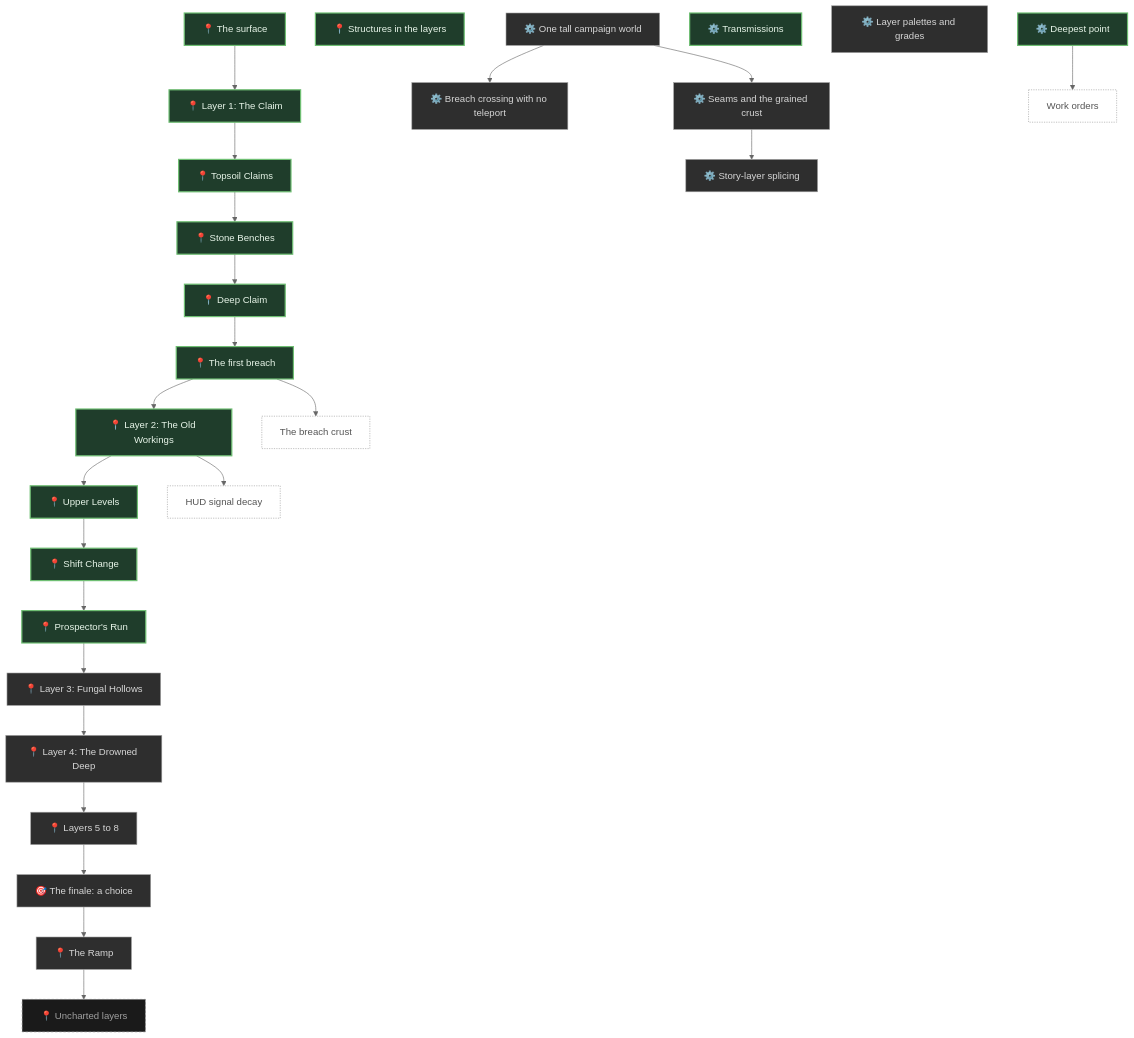
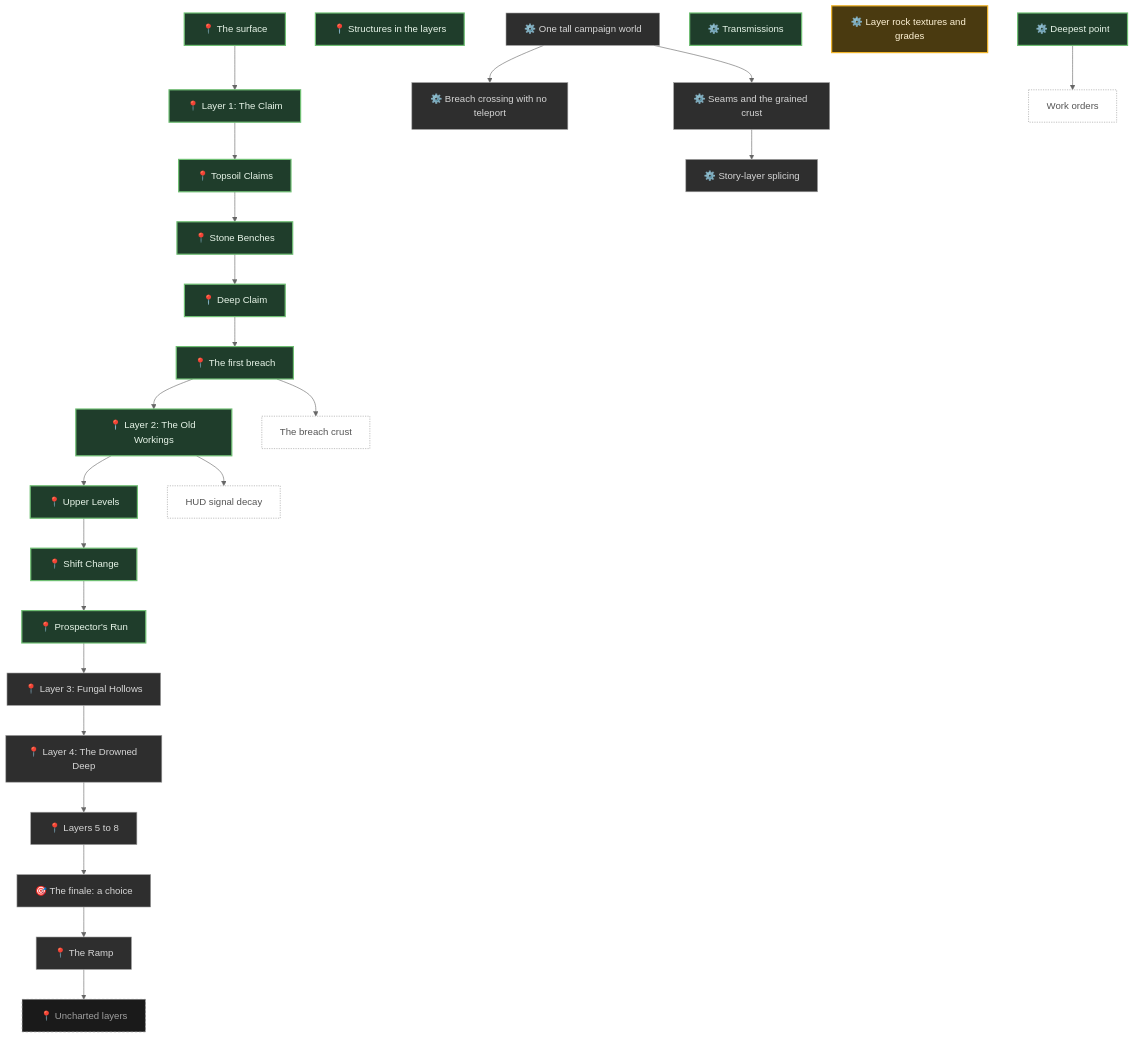
Before and after one commit to pkeppeler/deepcharter: diagram 25 of 30 in docs/FEATURE-MAP.md, drawn with Mermaid (neutral theme). The commit also changed other lines of this file and 2 other files, not shown here.

First line of the commit message:
Feature map: five pieces of work in flight are in progress

````diff
--- a/docs/FEATURE-MAP.md
+++ b/docs/FEATURE-MAP.md
@@ -1320,60 +1321,61 @@
 ```mermaid
 flowchart TB
   n_surface["📍 The surface"]
   n_layer_1["📍 Layer 1: The Claim"]
   n_l1_topsoil["📍 Topsoil Claims"]
   n_l1_benches["📍 Stone Benches"]
   n_l1_deep["📍 Deep Claim"]
   n_layer_structures["📍 Structures in the layers"]
   n_breach_1["📍 The first breach"]
   n_deepest_point["⚙️ Deepest point"]
   n_transmissions["⚙️ Transmissions"]
   n_layer_2["📍 Layer 2: The Old Workings"]
-  n_layer_depth_look["⚙️ Layer palettes and grades"]
+  n_layer_depth_look["⚙️ Layer rock textures and grades"]
   n_l2_upper["📍 Upper Levels"]
   n_l2_shift["📍 Shift Change"]
   n_l2_run["📍 Prospector's Run"]
   n_breach_in_world["⚙️ Breach crossing with no teleport"]
   n_campaign_world["⚙️ One tall campaign world"]
   n_layer_3["📍 Layer 3: Fungal Hollows"]
   n_layer_4["📍 Layer 4: The Drowned Deep"]
   n_layers_5_8["📍 Layers 5 to 8"]
   n_finale["🎯 The finale: a choice"]
   n_ramp["📍 The Ramp"]
   n_seams["⚙️ Seams and the grained crust"]
   n_splice["⚙️ Story-layer splicing"]
   n_uncharted["📍 Uncharted layers"]
   n_breach_crust["The breach crust"]
   n_signal_decay["HUD signal decay"]
   n_work_orders["Work orders"]
   n_breach_1 --> n_breach_crust
   n_breach_1 --> n_layer_2
   n_campaign_world --> n_breach_in_world
   n_campaign_world --> n_seams
   n_deepest_point --> n_work_orders
   n_finale --> n_ramp
   n_l1_benches --> n_l1_deep
   n_l1_deep --> n_breach_1
   n_l1_topsoil --> n_l1_benches
   n_l2_run --> n_layer_3
   n_l2_shift --> n_l2_run
   n_l2_upper --> n_l2_shift
   n_layer_1 --> n_l1_topsoil
   n_layer_2 --> n_l2_upper
   n_layer_2 --> n_signal_decay
   n_layer_3 --> n_layer_4
   n_layer_4 --> n_layers_5_8
   n_layers_5_8 --> n_finale
   n_ramp --> n_uncharted
   n_seams --> n_splice
   n_surface --> n_layer_1
   classDef built fill:#1f3d2b,stroke:#6fbf73,stroke-width:2px,color:#e8f5e9
   classDef progress fill:#4a3a10,stroke:#f0b429,stroke-width:2px,color:#fff3d6
   classDef planned fill:#2e2e2e,stroke:#9e9e9e,stroke-width:1px,color:#d6d6d6
   classDef idea fill:#1a1a1a,stroke:#757575,stroke-width:1px,stroke-dasharray:4 3,color:#a0a0a0
   classDef ext fill:#ffffff,stroke:#999999,stroke-width:1px,stroke-dasharray:2 2,color:#555555
   class n_surface,n_layer_1,n_l1_topsoil,n_l1_benches,n_l1_deep,n_layer_structures,n_breach_1,n_deepest_point,n_transmissions,n_layer_2,n_l2_upper,n_l2_shift,n_l2_run built
-  class n_layer_depth_look,n_breach_in_world,n_campaign_world,n_layer_3,n_layer_4,n_layers_5_8,n_finale,n_ramp,n_seams,n_splice planned
+  class n_layer_depth_look progress
+  class n_breach_in_world,n_campaign_world,n_layer_3,n_layer_4,n_layers_5_8,n_finale,n_ramp,n_seams,n_splice planned
   class n_uncharted idea
   class n_breach_crust,n_signal_decay,n_work_orders ext
 ```
````
